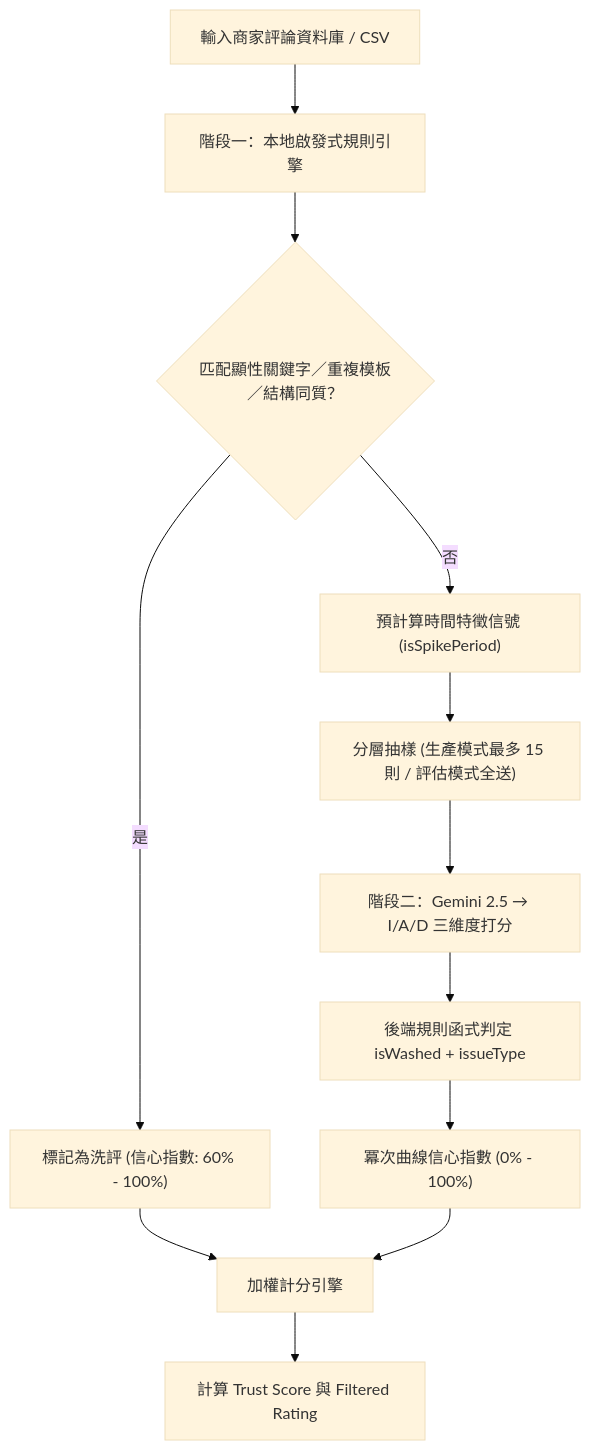
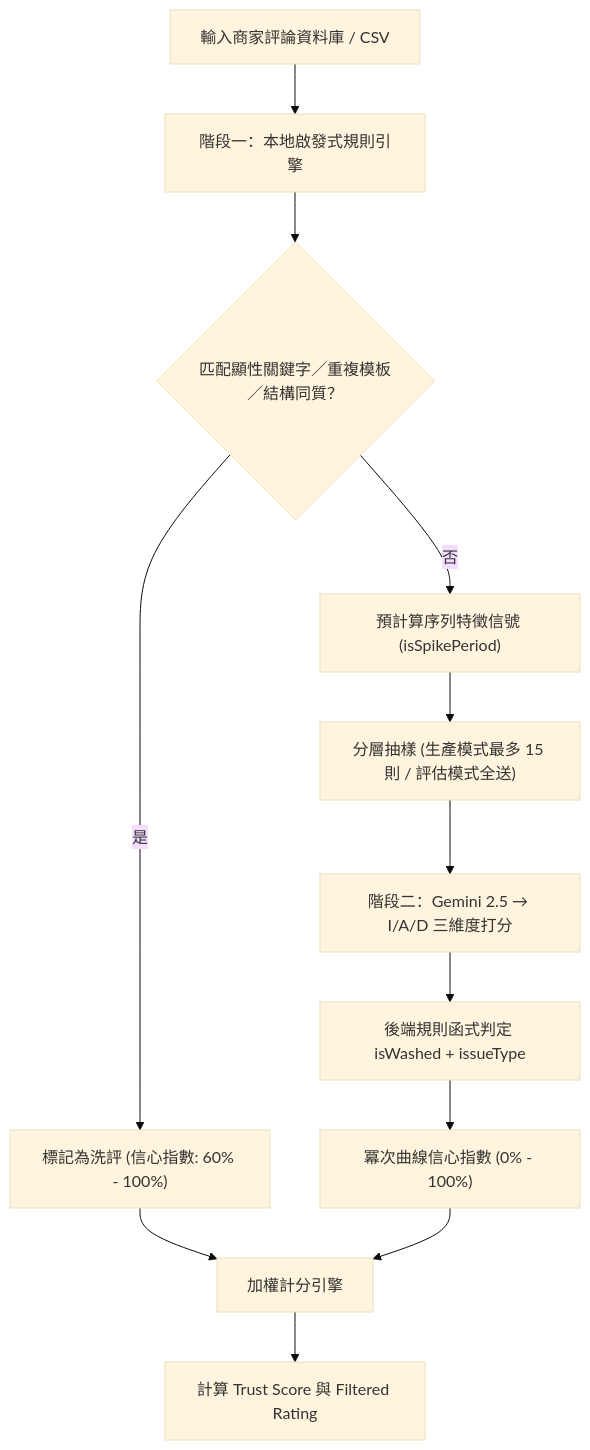
One commit to yiyi42205-ops/TTTTTTUUURREE changed the diagram in docs/TRUE_RATING_LOGIC.md. Above: the diagram before and after it, drawn with Mermaid (base theme). The commit also changed other lines of this file and 1 other file, not shown here.

Commit message:
docs: update spike detection description to order-based, update migration status

````diff
--- a/docs/TRUE_RATING_LOGIC.md
+++ b/docs/TRUE_RATING_LOGIC.md
@@ -9,15 +9,15 @@
 ```mermaid
 flowchart TD
     A["輸入商家評論資料庫 / CSV"] --> B["階段一：本地啟發式規則引擎"]
     B --> C{"匹配顯性關鍵字／重複模板／結構同質？"}
     C -- 是 --> D["標記為洗評 (信心指數: 60% - 100%)"]
-    C -- 否 --> E["預計算時間特徵信號 (isSpikePeriod)"]
+    C -- 否 --> E["預計算序列特徵信號 (isSpikePeriod)"]
 
     E --> F["分層抽樣 (生產模式最多 15 則 / 評估模式全送)"]
     F --> G["階段二：Gemini 2.5 → I/A/D 三維度打分"]
     G --> H["後端規則函式判定 isWashed + issueType"]
     H --> I["冪次曲線信心指數 (0% - 100%)"]
 
     D & I --> J["加權計分引擎"]
     J --> K["計算 Trust Score 與 Filtered Rating"]
 ```
````
